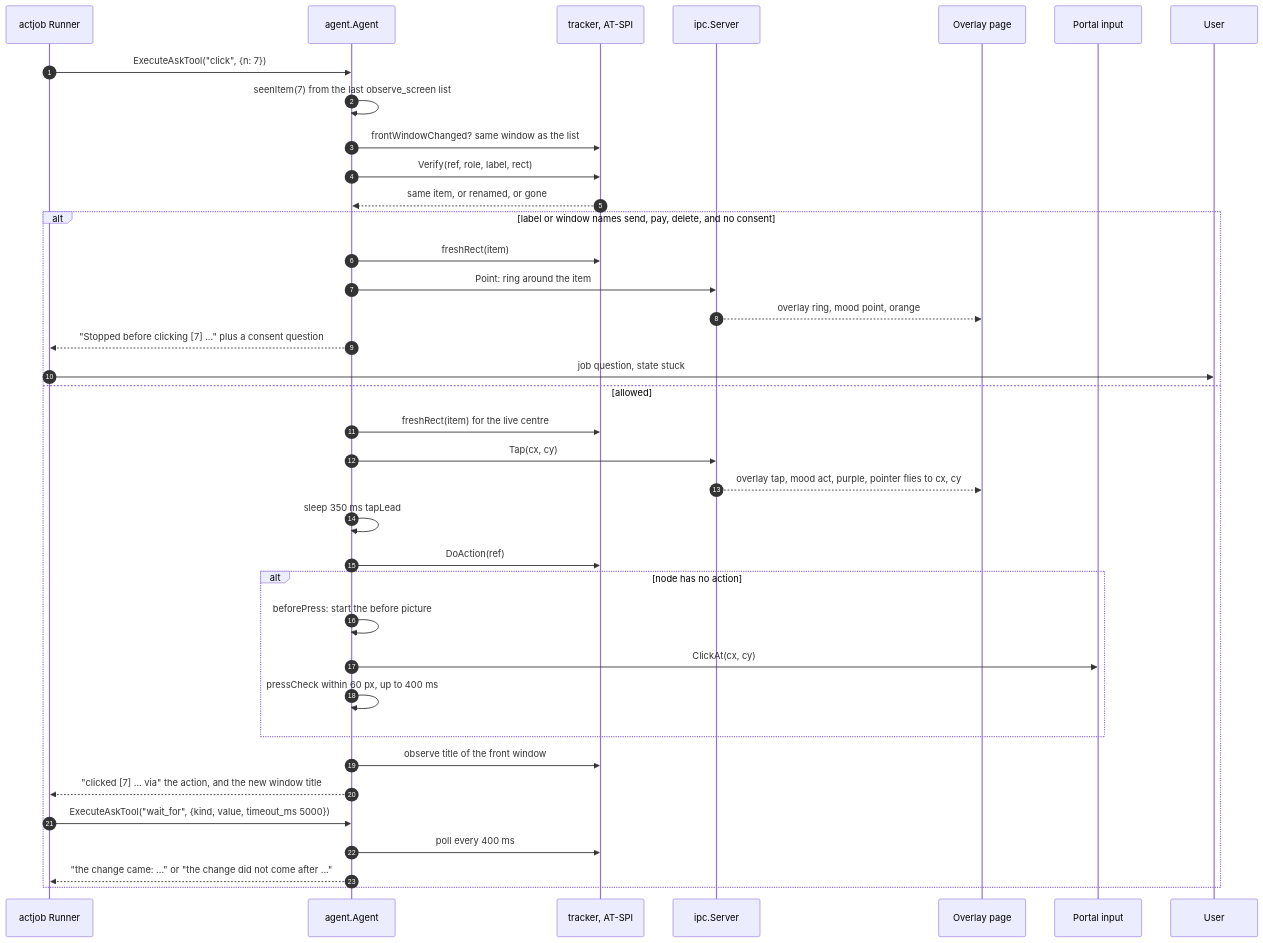
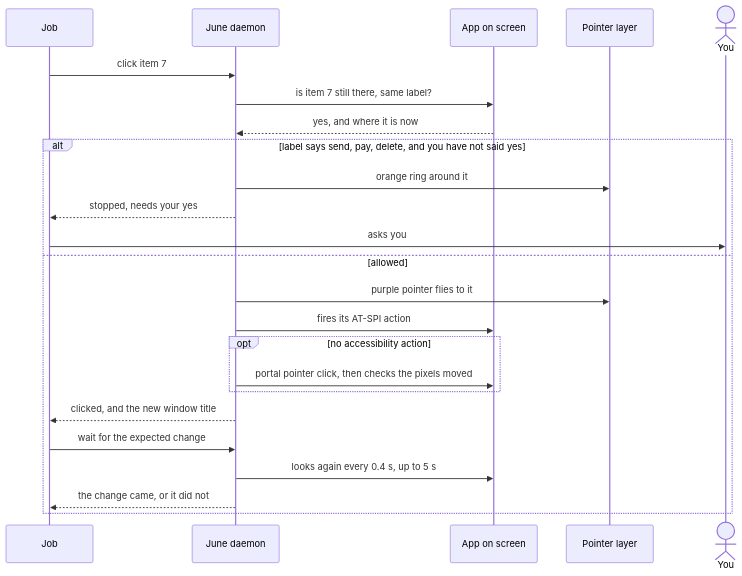
Before and after one commit to M-DEV-1/june: the diagram in docs/computer-use.md, drawn with Mermaid. The commit also changed other lines of this file and 6 other files, not shown here.

Commit message:
readme banner, simpler docs diagrams

````diff
--- a/docs/computer-use.md
+++ b/docs/computer-use.md
@@ -96,40 +44,27 @@
 ```mermaid
 sequenceDiagram
-  autonumber
-  participant J as actjob Runner
-  participant A as agent.Agent
-  participant T as tracker, AT-SPI
-  participant S as ipc.Server
-  participant O as Overlay page
-  participant P as Portal input
-  participant U as User
+  participant J as Job
+  participant D as June daemon
+  participant A as App on screen
+  participant O as Pointer layer
+  actor U as You
 
-  J->>A: ExecuteAskTool("click", {n: 7})
-  A->>A: seenItem(7) from the last observe_screen list
-  A->>T: frontWindowChanged? same window as the list
-  A->>T: Verify(ref, role, label, rect)
-  T-->>A: same item, or renamed, or gone
-  alt label or window names send, pay, delete, and no consent
-    A->>T: freshRect(item)
-    A->>S: Point: ring around the item
-    S-->>O: overlay ring, mood point, orange
-    A-->>J: "Stopped before clicking [7] ..." plus a consent question
-    J->>U: job question, state stuck
+  J->>D: click item 7
+  D->>A: is item 7 still there, same label?
+  A-->>D: yes, and where it is now
+  alt label says send, pay, delete, and you have not said yes
+    D->>O: orange ring around it
+    D-->>J: stopped, needs your yes
+    J->>U: asks you
   else allowed
-    A->>T: freshRect(item) for the live centre
-    A->>S: Tap(cx, cy)
-    S-->>O: overlay tap, mood act, purple, pointer flies to cx, cy
-    A->>A: sleep 350 ms tapLead
-    A->>T: DoAction(ref)
-    alt node has no action
-      A->>A: beforePress: start the before picture
-      A->>P: ClickAt(cx, cy)
-      A->>A: pressCheck within 60 px, up to 400 ms
+    D->>O: purple pointer flies to it
+    D->>A: fires its AT-SPI action
+    opt no accessibility action
+      D->>A: portal pointer click, then checks the pixels moved
     end
-    A->>T: observe title of the front window
-    A-->>J: "clicked [7] ... via" the action, and the new window title
-    J->>A: ExecuteAskTool("wait_for", {kind, value, timeout_ms 5000})
-    A->>T: poll every 400 ms
-    A-->>J: "the change came: ..." or "the change did not come after ..."
+    D-->>J: clicked, and the new window title
+    J->>D: wait for the expected change
+    D->>A: looks again every 0.4 s, up to 5 s
+    D-->>J: the change came, or it did not
   end
 ```
````
